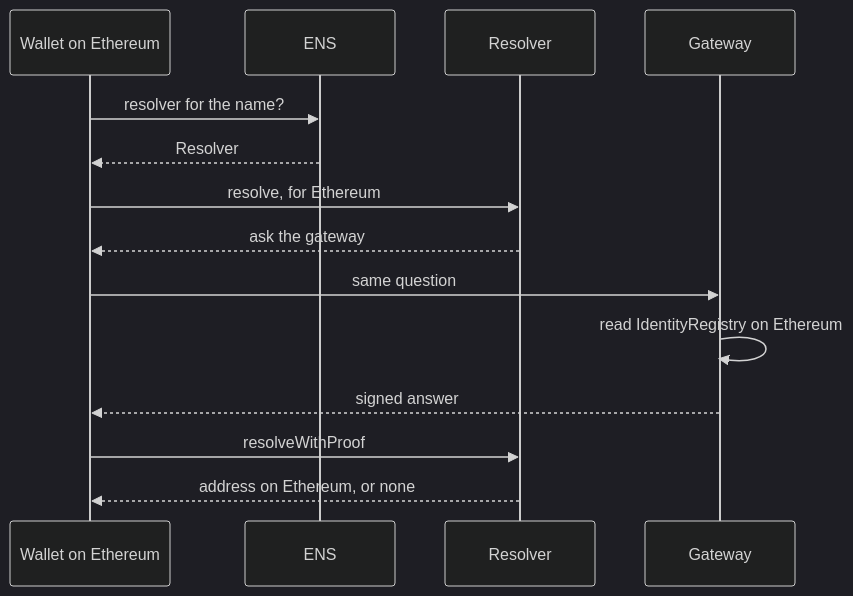
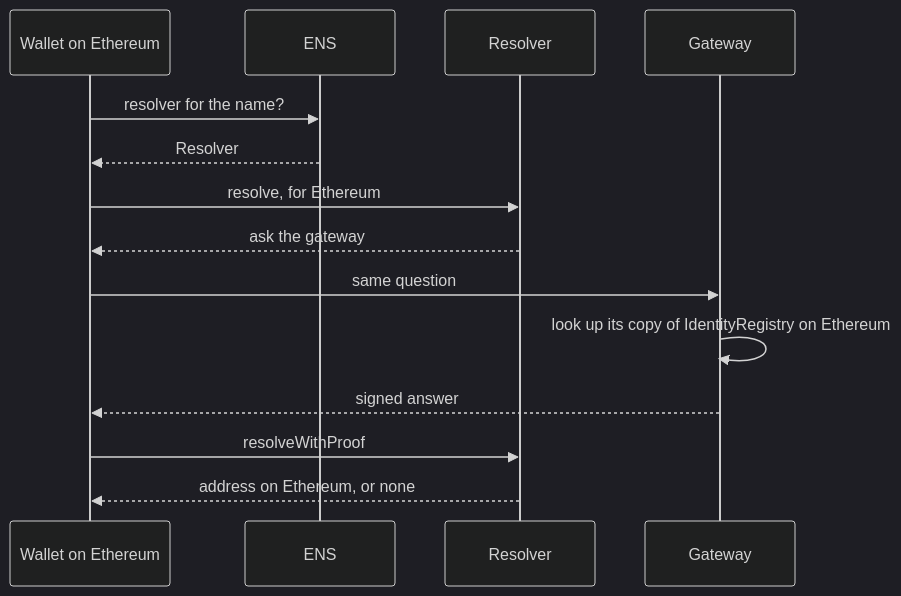
The diagram in docs/pages/ens/how-it-works.md (libid-org/libID), drawn with Mermaid (dark theme) before and after one commit. The commit also changed other lines of this file and 5 other files, not shown here.

````diff
--- a/docs/pages/ens/how-it-works.md
+++ b/docs/pages/ens/how-it-works.md
@@ -14,16 +14,16 @@
 ```mermaid
 sequenceDiagram
   participant W as Wallet on Ethereum
   participant E as ENS
   participant R as Resolver
   participant G as Gateway
   W->>E: resolver for the name?
   E-->>W: Resolver
   W->>R: resolve, for Ethereum
   R-->>W: ask the gateway
   W->>G: same question
-  G->>G: read IdentityRegistry on Ethereum
+  G->>G: look up its copy of IdentityRegistry on Ethereum
   G-->>W: signed answer
   W->>R: resolveWithProof
   R-->>W: address on Ethereum, or none
 ```
````
